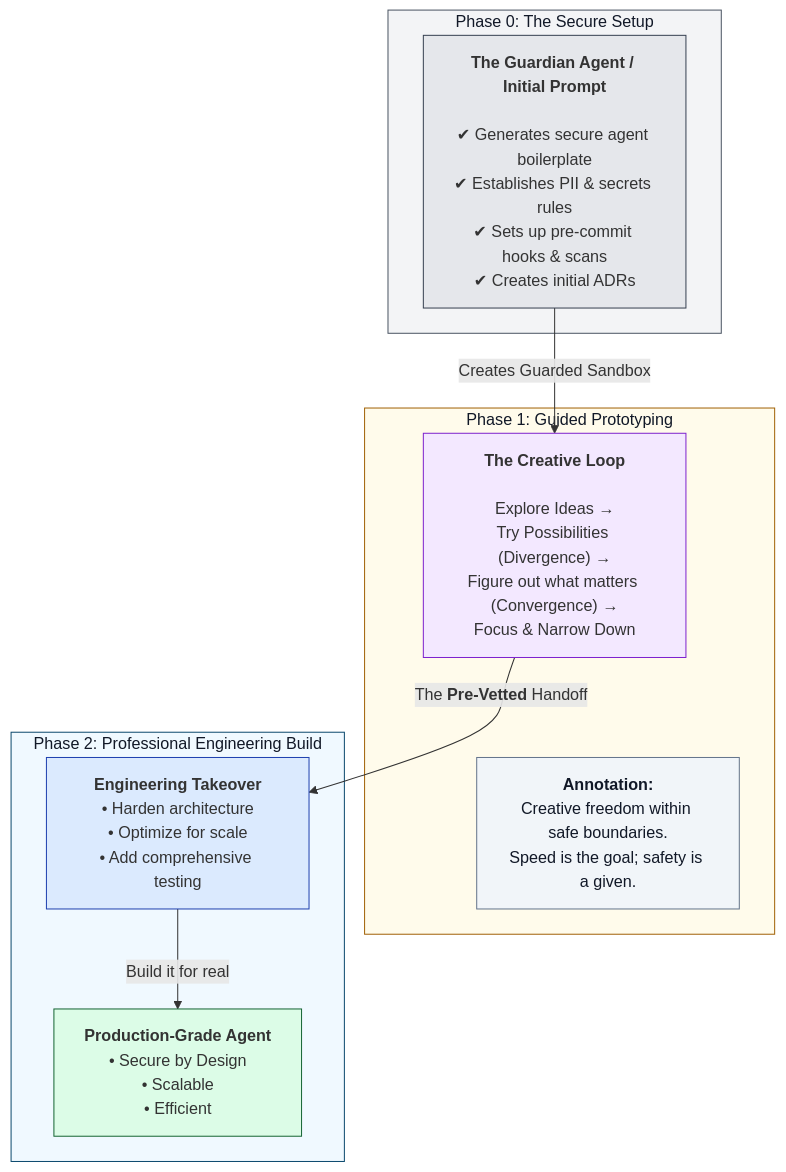
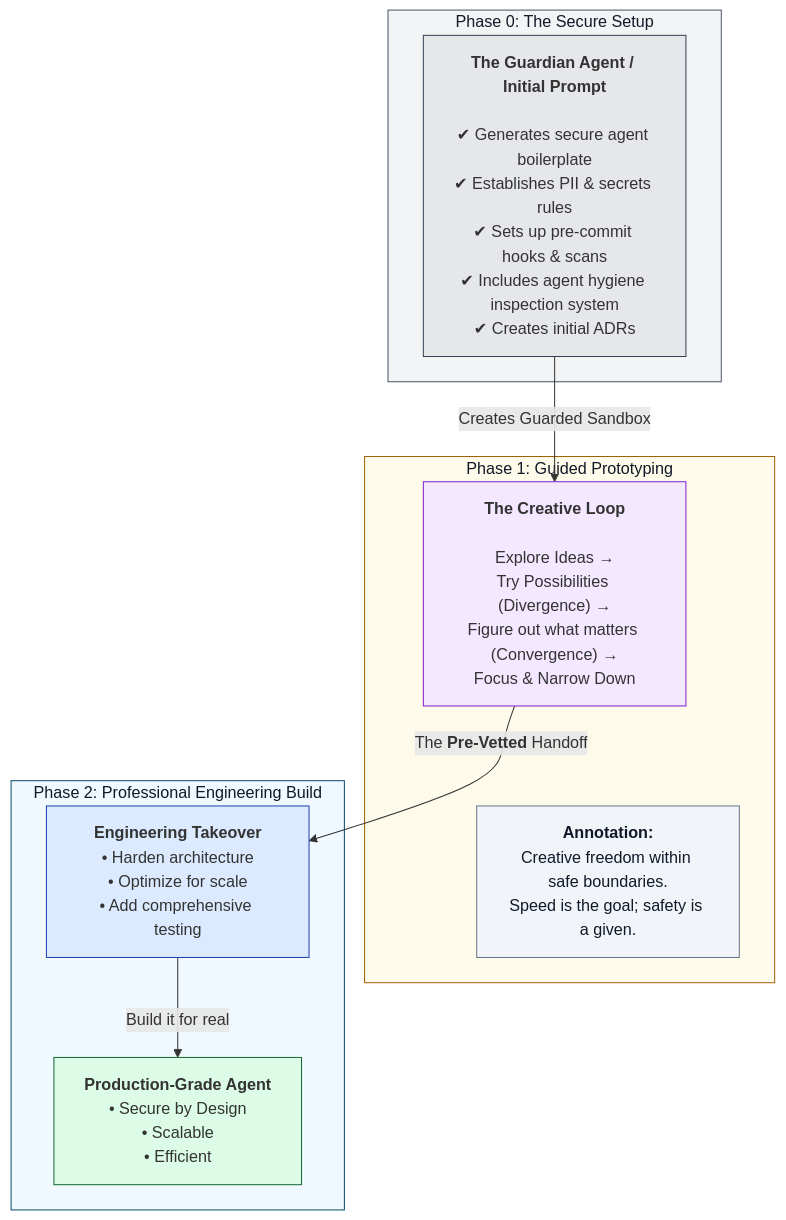
One commit to richfrem/quantum-diamond changed the ninth of 9 diagrams in README.md. Above: the diagram before and after it, drawn with Mermaid. The commit also changed other lines of this file and 32 other files, not shown here.

First line of the commit message:
feat: Major repository reorganization and hygiene system improvements

````diff
--- a/README.md
+++ b/README.md
@@ -336,37 +395,37 @@
 ```mermaid
 graph TD
     %% Phase 0: The Secure Setup
     subgraph Phase0 ["Phase 0: The Secure Setup"]
         style Phase0 fill:#f3f4f6,stroke:#4b5563,color:#111827
-        Setup["<strong>The Guardian Agent / Initial Prompt</strong><br/><br/>✔ Generates secure agent boilerplate<br/>✔ Establishes PII & secrets rules<br/>✔ Sets up pre-commit hooks & scans<br/>✔ Creates initial ADRs"]
+        Setup["<strong>The Guardian Agent / Initial Prompt</strong><br/><br/>✔ Generates secure agent boilerplate<br/>✔ Establishes PII & secrets rules<br/>✔ Sets up pre-commit hooks & scans<br/>✔ Includes agent hygiene inspection system<br/>✔ Creates initial ADRs"]
     end
 
     %% Phase 1: Guided Prototyping
     subgraph Phase1 ["Phase 1: Guided Prototyping"]
         style Phase1 fill:#fffbeb,stroke:#a16207,color:#111827
         Loop["<strong>The Creative Loop</strong><br/><br/>Explore Ideas →<br/>Try Possibilities (Divergence) →<br/>Figure out what matters (Convergence) →<br/>Focus & Narrow Down"]
         
         NOTE1["<strong>Annotation:</strong><br/>Creative freedom within safe boundaries.<br/>Speed is the goal; safety is a given."]
         
         Loop ~~~ NOTE1;
     end
 
     %% Phase 2: Professional Engineering Build
     subgraph Phase2 ["Phase 2: Professional Engineering Build"]
         style Phase2 fill:#f0f9ff,stroke:#0c4a6e,color:#111827
         E["<strong>Engineering Takeover</strong><br/>• Harden architecture<br/>• Optimize for scale<br/>• Add comprehensive testing"];
         F["<strong>Production-Grade Agent</strong><br/>• Secure by Design<br/>• Scalable<br/>• Efficient"];
         E -- "Build it for real" --> F;
     end
 
     %% --- Connections Between Phases ---
     Setup -- "Creates Guarded Sandbox" --> Loop;
     Loop -- "The <strong>Pre-Vetted</strong> Handoff" --> E;
 
     %% --- Node Styles ---
     style Setup fill:#e5e7eb,stroke:#374151
     style Loop fill:#f3e8ff,stroke:#7e22ce
     style E fill:#dbeafe,stroke:#1e40af
     style F fill:#dcfce7,stroke:#166534
     style NOTE1 fill:#f1f5f9,stroke:#64748b,color:#111827
 ```
````
